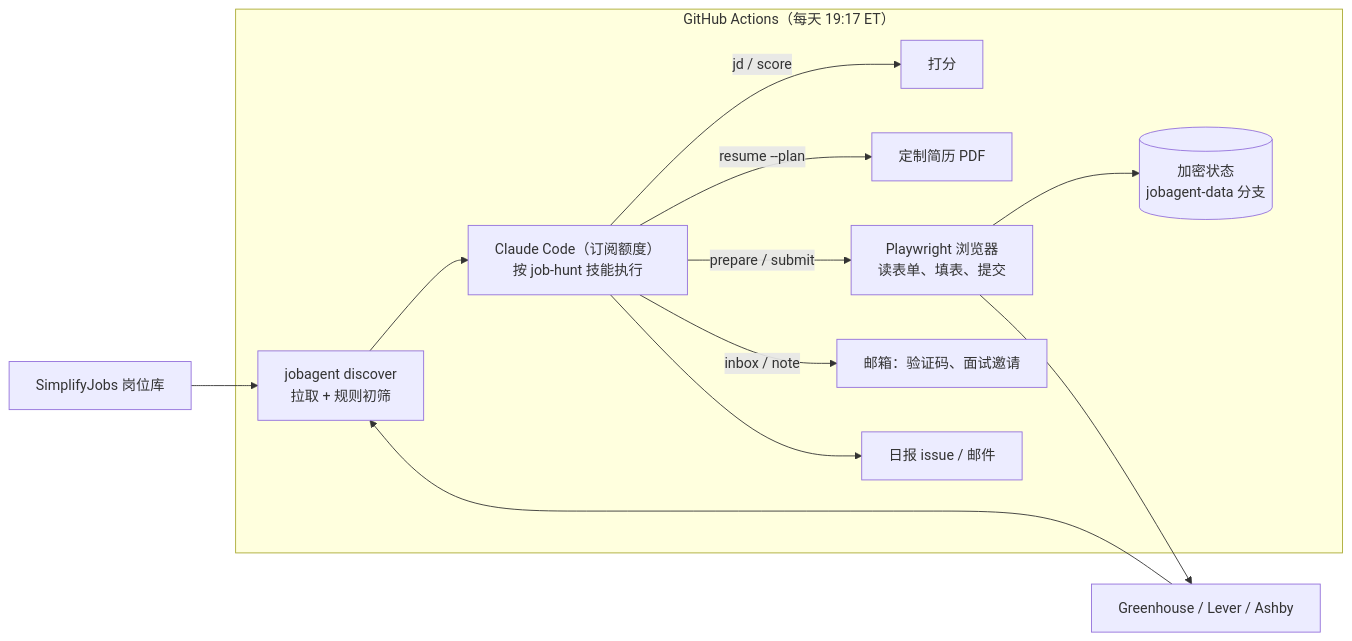
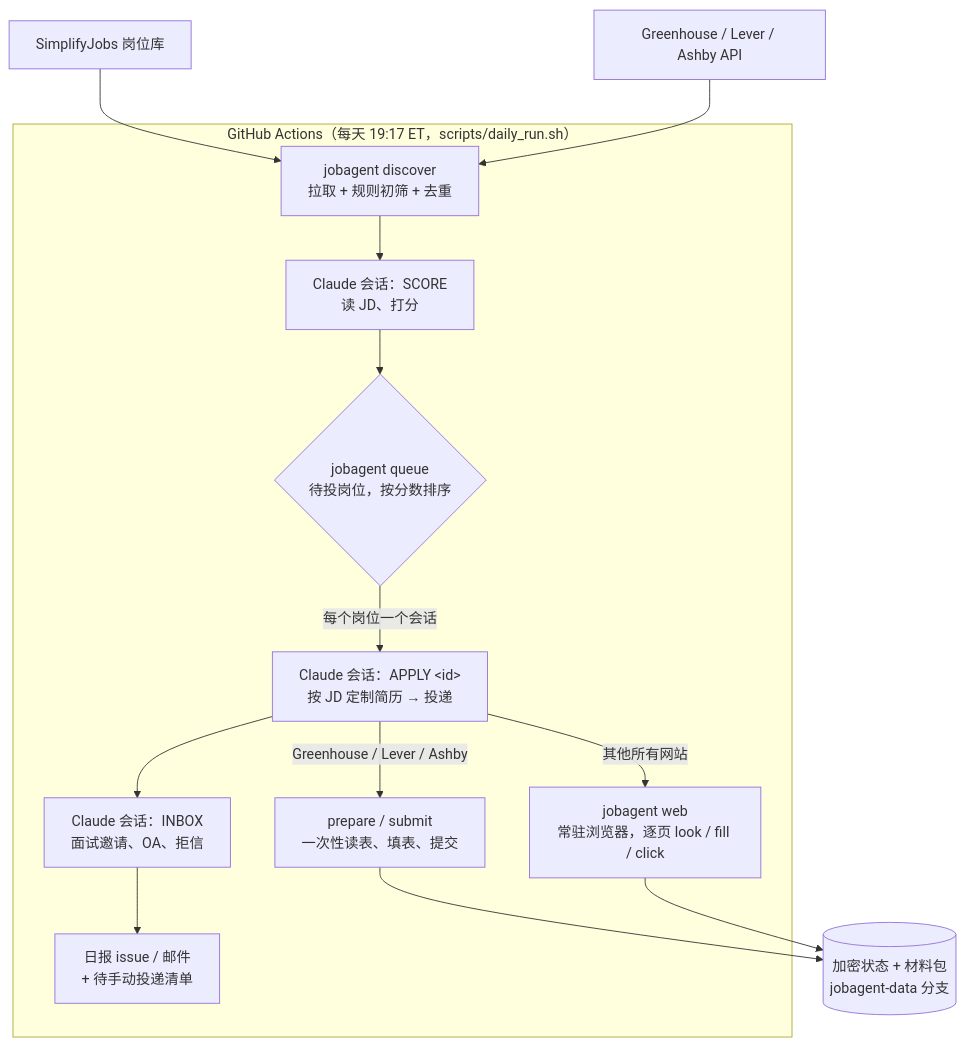
The diagram in docs/job-agent.md (ByteYuan227/research-agent), drawn with Mermaid before and after one commit. The commit also changed other lines of this file, not shown here.

Commit message:
Rewrite design doc for the current architecture

````diff
--- a/docs/job-agent.md
+++ b/docs/job-agent.md
@@ -150,15 +7,16 @@
 ```mermaid
-flowchart LR
-    subgraph GA["GitHub Actions（每天 19:17 ET）"]
-        D["jobagent discover<br/>拉取 + 规则初筛"] --> C["Claude Code（订阅额度）<br/>按 job-hunt 技能执行"]
-        C -->|"jd / score"| S["打分"]
-        C -->|"resume --plan"| R["定制简历 PDF"]
-        C -->|"prepare / submit"| B["Playwright 浏览器<br/>读表单、填表、提交"]
-        C -->|"inbox / note"| M["邮箱：验证码、面试邀请"]
-        B --> ST[("加密状态<br/>jobagent-data 分支")]
-        C --> REP["日报 issue / 邮件"]
+flowchart TD
+    subgraph GA["GitHub Actions（每天 19:17 ET，scripts/daily_run.sh）"]
+        D["jobagent discover<br/>拉取 + 规则初筛 + 去重"] --> S["Claude 会话：SCORE<br/>读 JD、打分"]
+        S --> Q{"jobagent queue<br/>待投岗位，按分数排序"}
+        Q -->|"每个岗位一个会话"| A["Claude 会话：APPLY &lt;id&gt;<br/>按 JD 定制简历 → 投递"]
+        A -->|"Greenhouse / Lever / Ashby"| F["prepare / submit<br/>一次性读表、填表、提交"]
+        A -->|"其他所有网站"| W["jobagent web<br/>常驻浏览器，逐页 look / fill / click"]
+        A --> I["Claude 会话：INBOX<br/>面试邀请、OA、拒信"]
+        I --> R["日报 issue / 邮件<br/>+ 待手动投递清单"]
     end
     SJ["SimplifyJobs 岗位库"] --> D
-    ATS["Greenhouse / Lever / Ashby"] --> D
-    B --> ATS
+    ATS["Greenhouse / Lever / Ashby API"] --> D
+    F --> ST[("加密状态 + 材料包<br/>jobagent-data 分支")]
+    W --> ST
 ```
````
